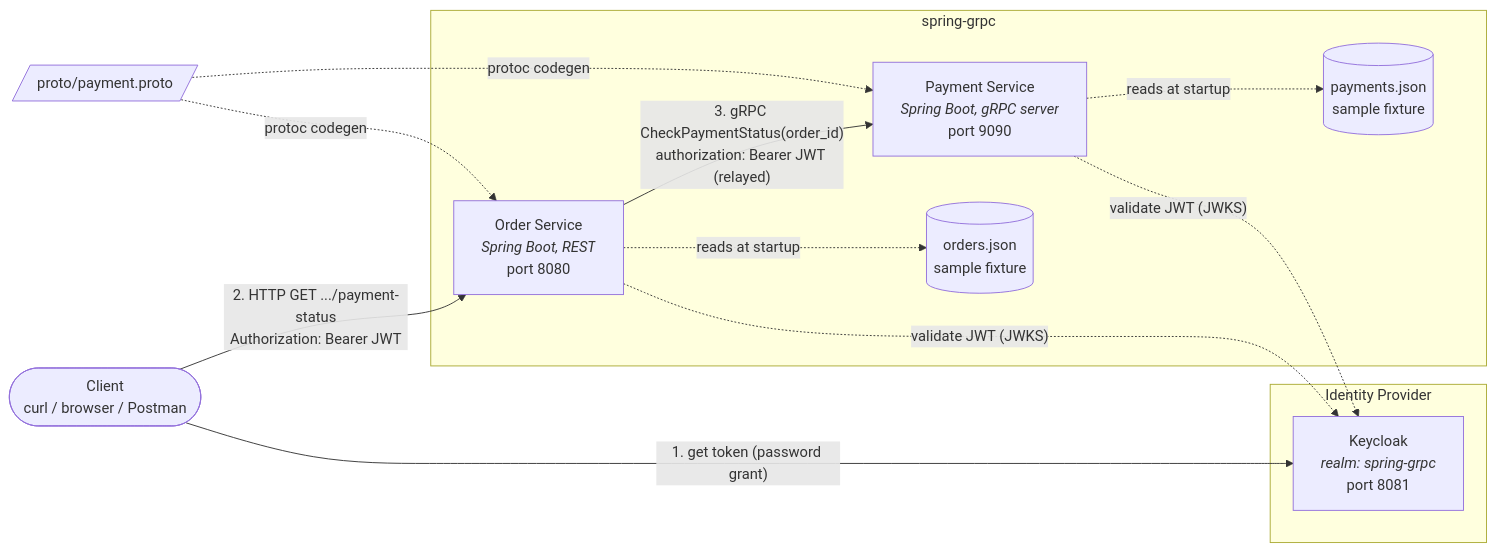
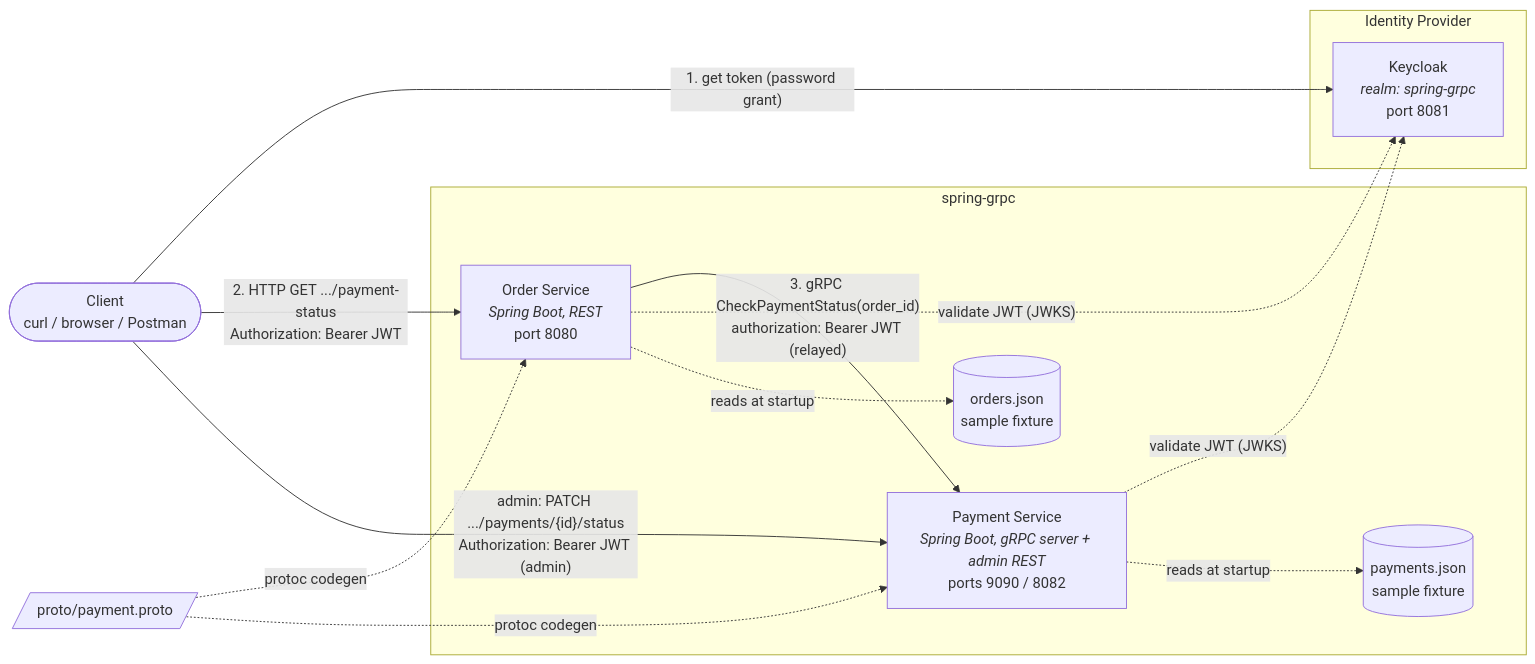
The diagram in docs/container-diagram.md (notablogger/spring-boot-grpc-ms), drawn with Mermaid before and after one commit. The commit also changed other lines of this file and 18 other files, not shown here.

````diff
--- a/docs/container-diagram.md
+++ b/docs/container-diagram.md
@@ -7,28 +7,29 @@
 ```mermaid
 flowchart LR
     actor([Client<br/>curl / browser / Postman])
 
     subgraph IdP["Identity Provider"]
         keycloak["Keycloak<br/><i>realm: spring-grpc</i><br/>port 8081"]
     end
 
     subgraph System["spring-grpc"]
         order["Order Service<br/><i>Spring Boot, REST</i><br/>port 8080"]
-        payment["Payment Service<br/><i>Spring Boot, gRPC server</i><br/>port 9090"]
+        payment["Payment Service<br/><i>Spring Boot, gRPC server + admin REST</i><br/>ports 9090 / 8082"]
         ordersJson[("orders.json<br/>sample fixture")]
         paymentsJson[("payments.json<br/>sample fixture")]
     end
 
     proto[/"proto/payment.proto"/]
 
     actor -->|"1. get token (password grant)"| keycloak
     actor -->|"2. HTTP GET .../payment-status<br/>Authorization: Bearer JWT"| order
     order -->|"3. gRPC CheckPaymentStatus(order_id)<br/>authorization: Bearer JWT (relayed)"| payment
+    actor -->|"admin: PATCH .../payments/{id}/status<br/>Authorization: Bearer JWT (admin)"| payment
     order -.->|"validate JWT (JWKS)"| keycloak
     payment -.->|"validate JWT (JWKS)"| keycloak
     order -.->|reads at startup| ordersJson
     payment -.->|reads at startup| paymentsJson
 
     proto -.->|protoc codegen| order
     proto -.->|protoc codegen| payment
 ```
````
